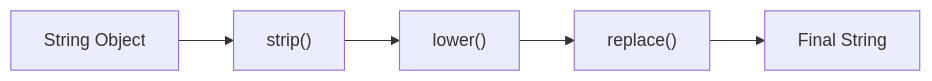
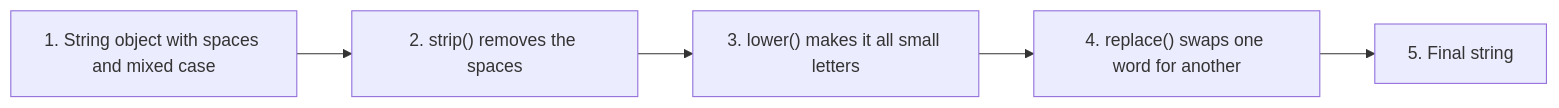
One commit to ag999git/001-mkdocs changed diagram 11 of 18 in docs/17-strings/080-ch17-conceptual-qa.md. Above: the diagram before and after it, drawn with Mermaid. The commit also changed other lines of this file, not shown here.

````diff
--- a/docs/17-strings/080-ch17-conceptual-qa.md
+++ b/docs/17-strings/080-ch17-conceptual-qa.md
@@ -1514,11 +3007,7 @@
 ```mermaid
 flowchart LR
-
-A["String Object"] --> B["strip()"]
-
-B --> C["lower()"]
-
-C --> D["replace()"]
-
-D --> E["Final String"]
+    A["1. String object with spaces and mixed case"] --> B["2. strip() removes the spaces"]
+    B --> C["3. lower() makes it all small letters"]
+    C --> D["4. replace() swaps one word for another"]
+    D --> E["5. Final string"]
 ```
````
